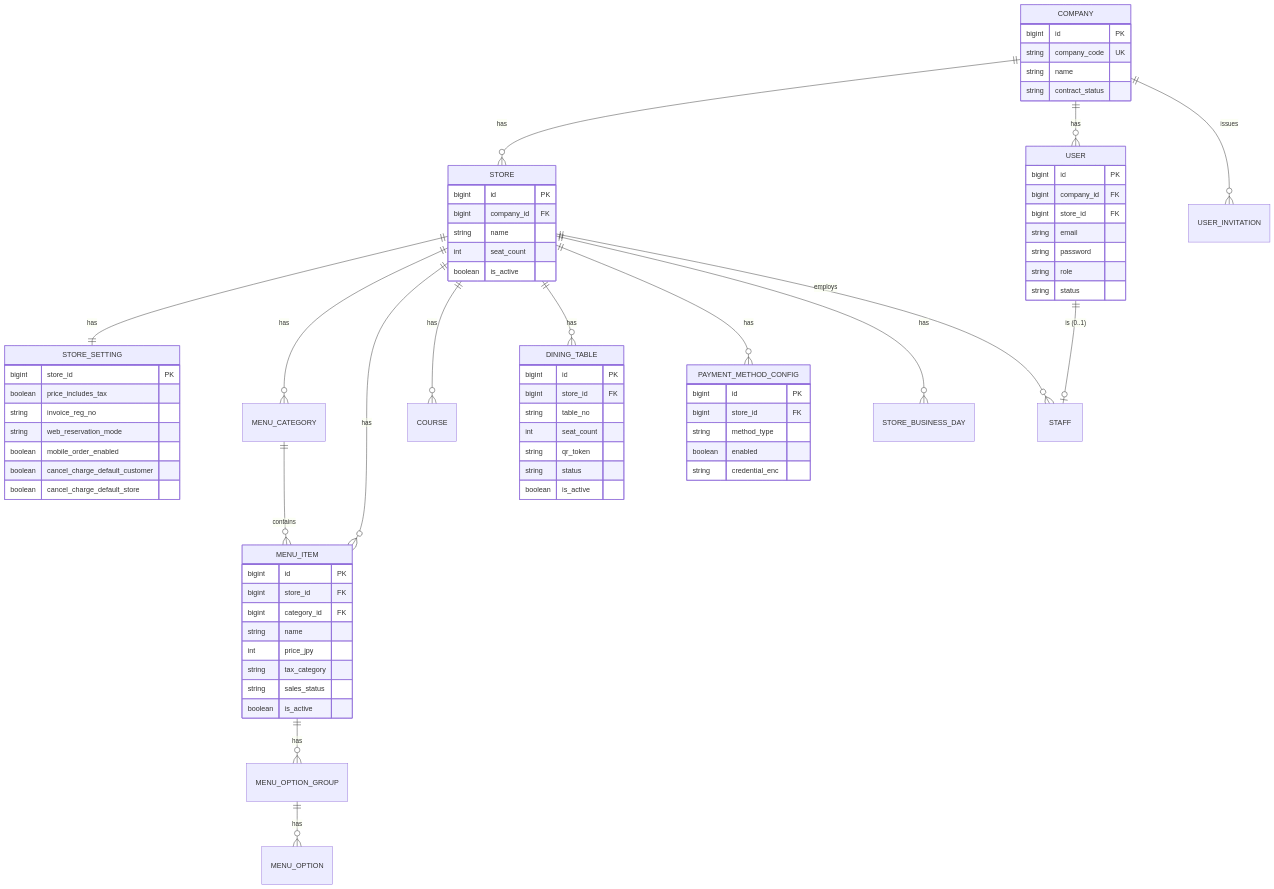
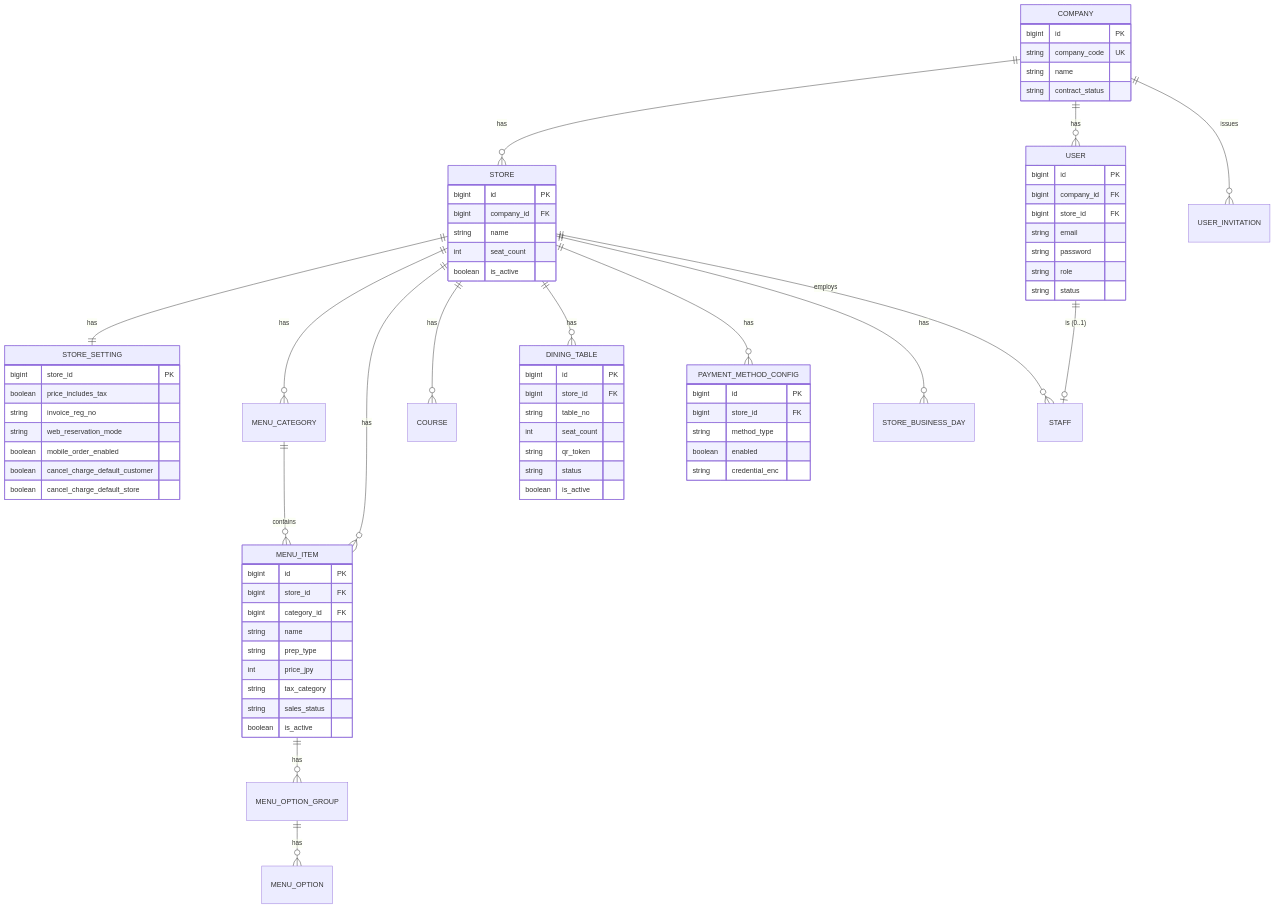
Before and after one commit to kimdance/project6th: the first of 13 diagrams in docs/03_domain_model.md, drawn with Mermaid. The commit also changed other lines of this file and 1 other file, not shown here.

First line of the commit message:
docs: KDS配膳粒度・オフライン時刻・prep_type/fire_stateを追記

````diff
--- a/docs/03_domain_model.md
+++ b/docs/03_domain_model.md
@@ -138,76 +138,77 @@
 ```mermaid
 erDiagram
     COMPANY ||--o{ STORE : has
     COMPANY ||--o{ USER : has
     COMPANY ||--o{ USER_INVITATION : issues
     STORE  ||--|| STORE_SETTING : has
     STORE  ||--o{ MENU_CATEGORY : has
     STORE  ||--o{ MENU_ITEM : has
     STORE  ||--o{ COURSE : has
     STORE  ||--o{ DINING_TABLE : has
     STORE  ||--o{ PAYMENT_METHOD_CONFIG : has
     STORE  ||--o{ STORE_BUSINESS_DAY : has
     STORE  ||--o{ STAFF : employs
     MENU_CATEGORY ||--o{ MENU_ITEM : contains
     MENU_ITEM ||--o{ MENU_OPTION_GROUP : has
     MENU_OPTION_GROUP ||--o{ MENU_OPTION : has
     USER ||--o| STAFF : "is (0..1)"
 
     COMPANY {
         bigint id PK
         string company_code UK
         string name
         string contract_status
     }
     STORE {
         bigint id PK
         bigint company_id FK
         string name
         int seat_count
         boolean is_active
     }
     STORE_SETTING {
         bigint store_id PK
         boolean price_includes_tax
         string invoice_reg_no
         string web_reservation_mode
         boolean mobile_order_enabled
         boolean cancel_charge_default_customer
         boolean cancel_charge_default_store
     }
     USER {
         bigint id PK
         bigint company_id FK
         bigint store_id FK
         string email
         string password
         string role
         string status
     }
     MENU_ITEM {
         bigint id PK
         bigint store_id FK
         bigint category_id FK
         string name
+        string prep_type
         int price_jpy
         string tax_category
         string sales_status
         boolean is_active
     }
     DINING_TABLE {
         bigint id PK
         bigint store_id FK
         string table_no
         int seat_count
         string qr_token
         string status
         boolean is_active
     }
     PAYMENT_METHOD_CONFIG {
         bigint id PK
         bigint store_id FK
         string method_type
         boolean enabled
         string credential_enc
     }
 ```
````
